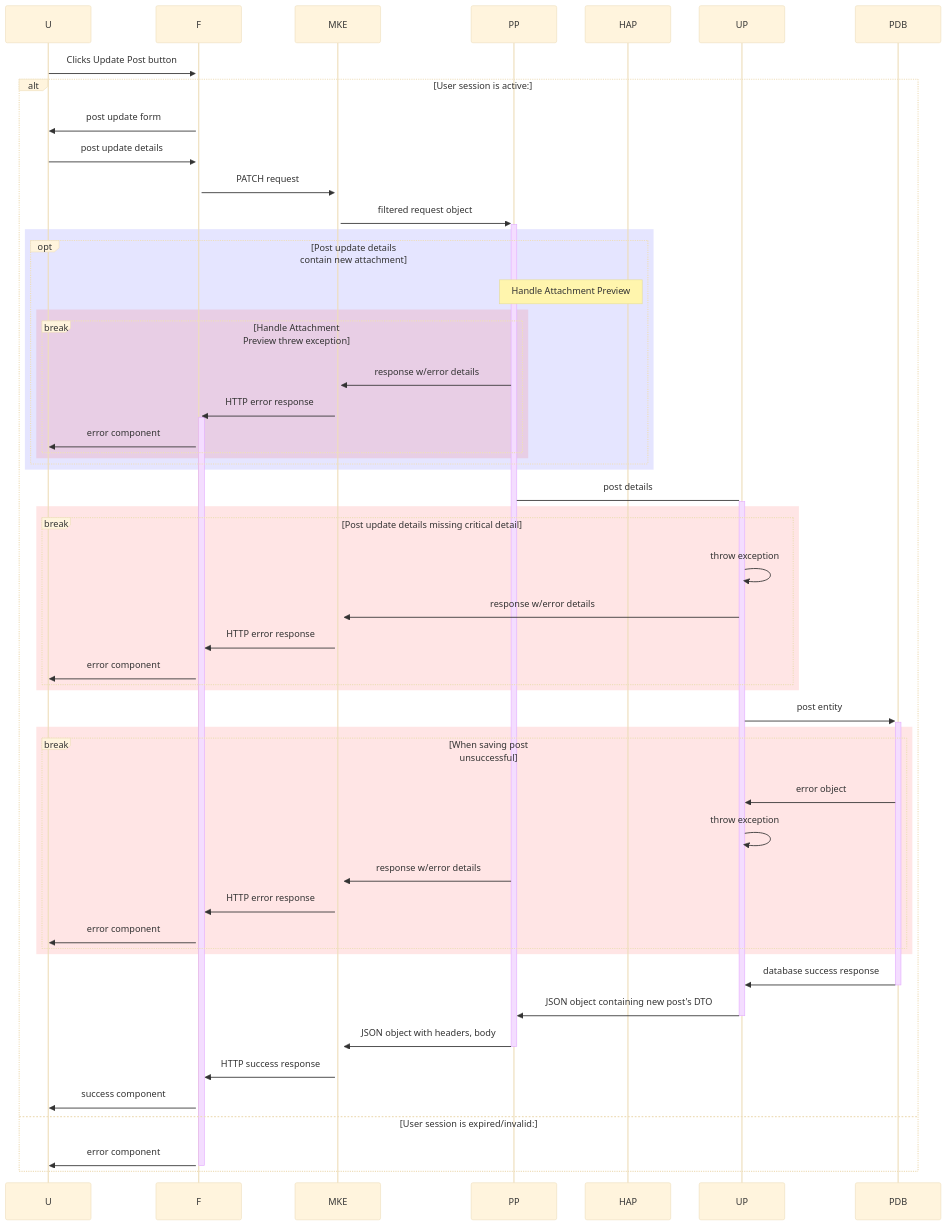
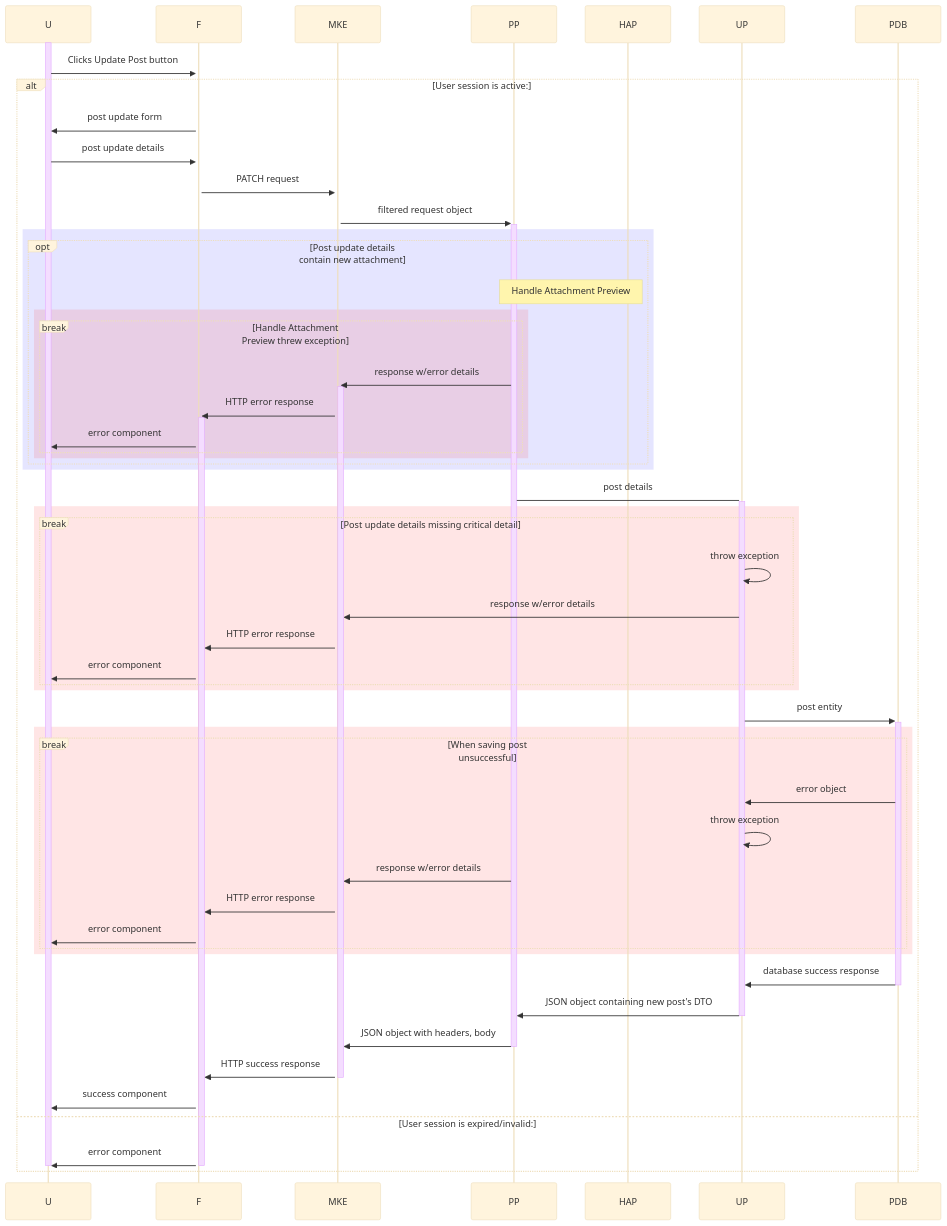
The fourth of 6 diagrams in DOCUMENTATION.md (maryamkhan14/cv-circle), drawn with Mermaid (base theme) before and after one commit. The commit also changed other lines of this file, not shown here.

Commit message:
Fixed incorrect activations in sequence diagrams

````diff
--- a/DOCUMENTATION.md
+++ b/DOCUMENTATION.md
@@ -200,54 +203,56 @@
 ```mermaid
 sequenceDiagram
+    activate U
     U->>+F: Clicks Update Post button
     alt User session is active:
         F->>U: post update form
         U->>F: post update details
         F->>+MKE: PATCH request
         MKE->>+PP: filtered request object
 
         rect rgba(0,0,255,0.1)
         opt Post update details contain new attachment
             Note over PP, HAP: Handle Attachment Preview
             rect rgba(255,0,0,0.1)
             break Handle Attachment Preview threw exception
                 PP->>+MKE: response w/error details
                 MKE->>+F: HTTP error response
                 F->>U: error component
             end
             end
         end
         end
 
         PP->+UP: post details
 
         rect rgba(255,0,0,0.1)
         break Post update details missing critical detail
             UP->>UP: throw exception
             UP->>MKE: response w/error details
             MKE->>F: HTTP error response
             F->>U: error component
         end
         end
 
         UP->>+PDB: post entity
 
         rect rgba(255, 0, 0, 0.1)
         break When saving post unsuccessful
             PDB->>UP: error object
             UP->>UP: throw exception
             PP->>MKE: response w/error details
             MKE->>F: HTTP error response
             F->>U: error component
         end
         end
 
         PDB->>-UP: database success response
         UP->>-PP: JSON object containing new post's DTO
         PP->>-MKE: JSON object with headers, body
-        MKE->>F: HTTP success response
+        MKE->>-F: HTTP success response
         F->>U: success component
     else User session is expired/invalid:
         F->>-U: error component
+        deactivate U
     end
 ```
````
